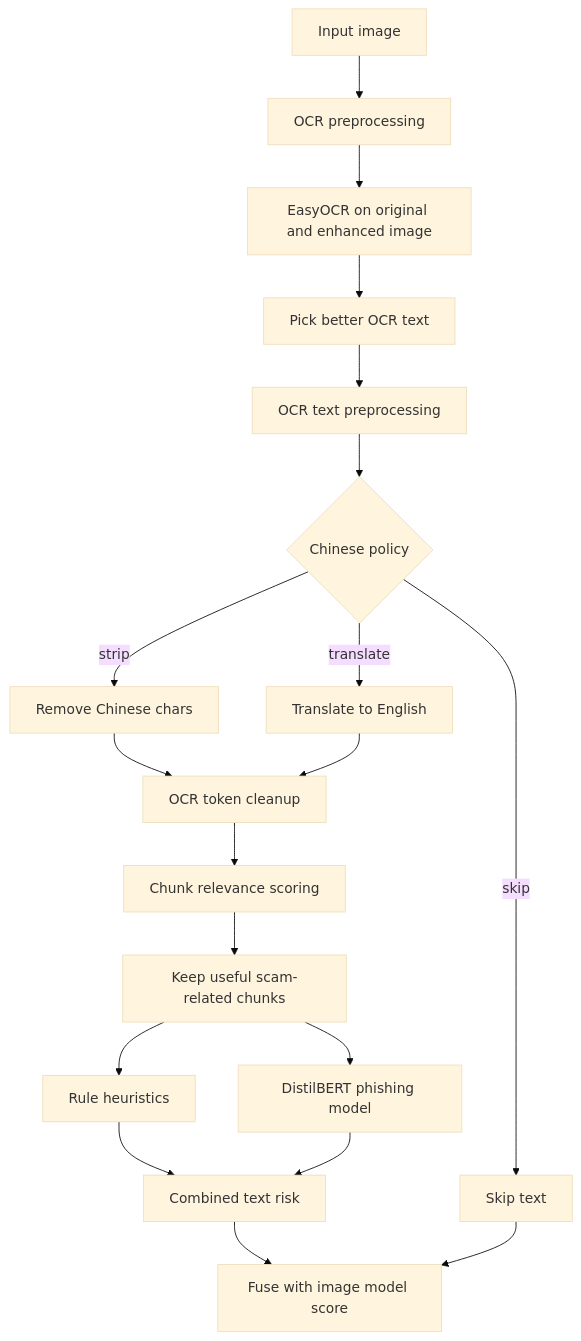
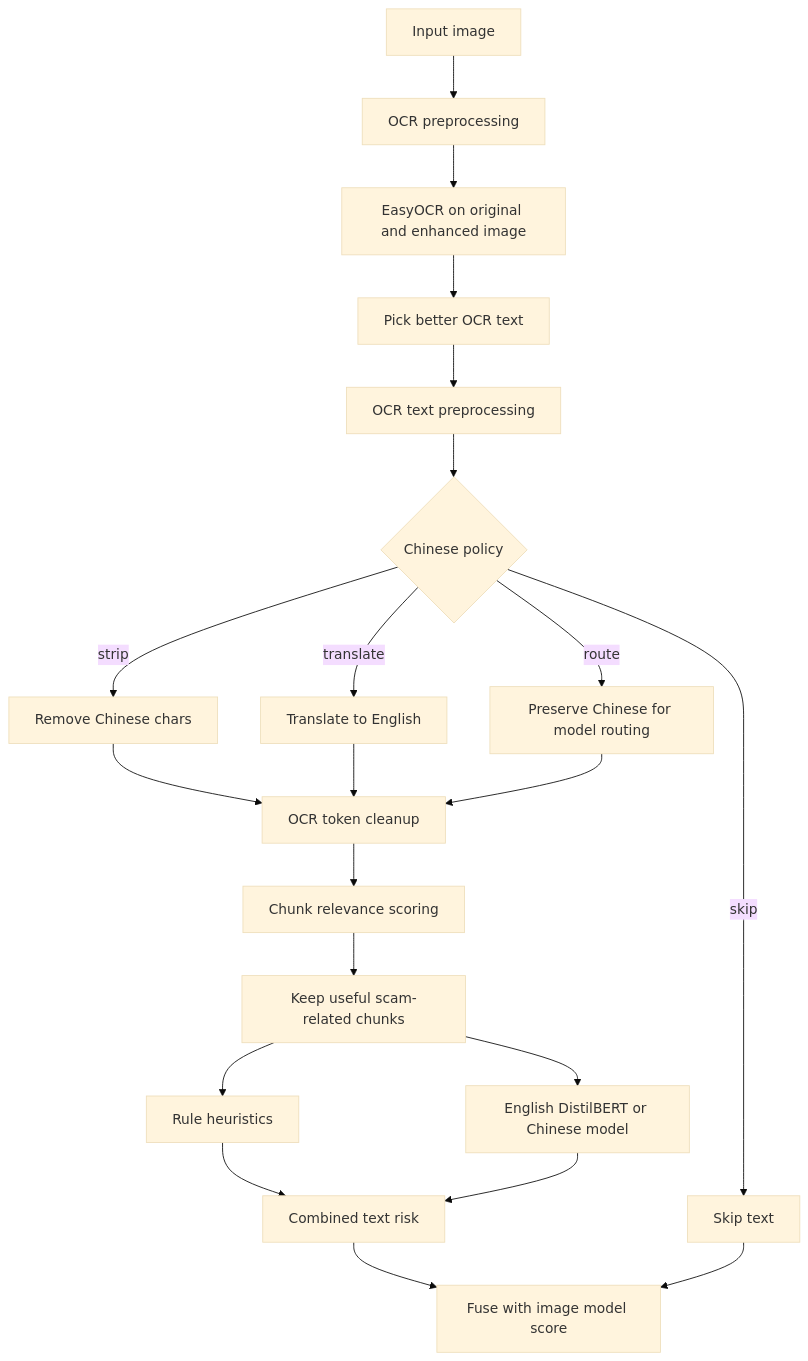
The diagram in README.md (Yiifeiii/CS3264_PhishingDetection), drawn with Mermaid (base theme) before and after one commit. The commit also changed other lines of this file and 5 other files, not shown here.

Commit message:
Add chinese bert model

````diff
--- a/README.md
+++ b/README.md
@@ -105,21 +112,23 @@
 ```mermaid
 flowchart TD
     A[Input image] --> B[OCR preprocessing]
     B --> C[EasyOCR on original and enhanced image]
     C --> D[Pick better OCR text]
     D --> E[OCR text preprocessing]
     E --> F{Chinese policy}
     F -->|strip| G[Remove Chinese chars]
     F -->|skip| H[Skip text]
     F -->|translate| I[Translate to English]
-    G --> J[OCR token cleanup]
-    I --> J
-    J --> K[Chunk relevance scoring]
-    K --> L[Keep useful scam-related chunks]
-    L --> M[Rule heuristics]
-    L --> N[DistilBERT phishing model]
-    M --> O[Combined text risk]
-    N --> O
-    O --> P[Fuse with image model score]
-    H --> P
+    F -->|route| J[Preserve Chinese for model routing]
+    G --> K[OCR token cleanup]
+    I --> K
+    J --> K
+    K --> L[Chunk relevance scoring]
+    L --> M[Keep useful scam-related chunks]
+    M --> N[Rule heuristics]
+    M --> O[English DistilBERT or Chinese model]
+    N --> P[Combined text risk]
+    O --> P
+    P --> Q[Fuse with image model score]
+    H --> Q
 ```
````
